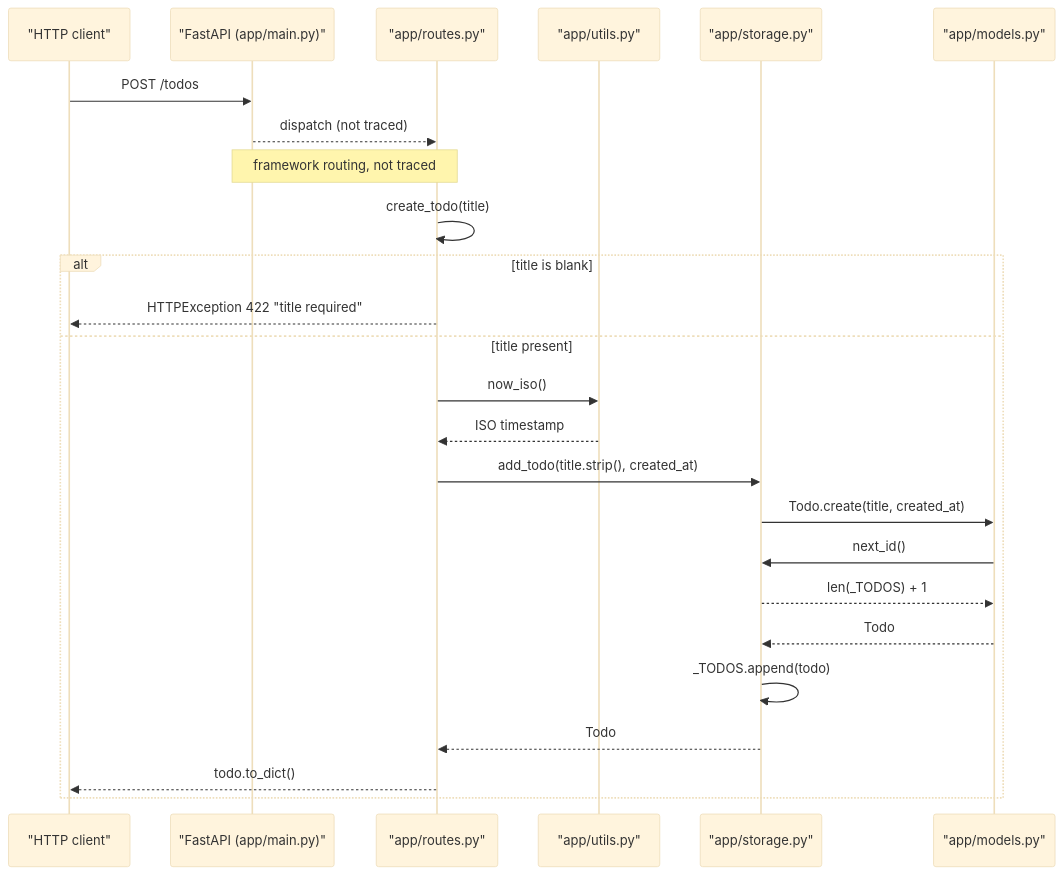
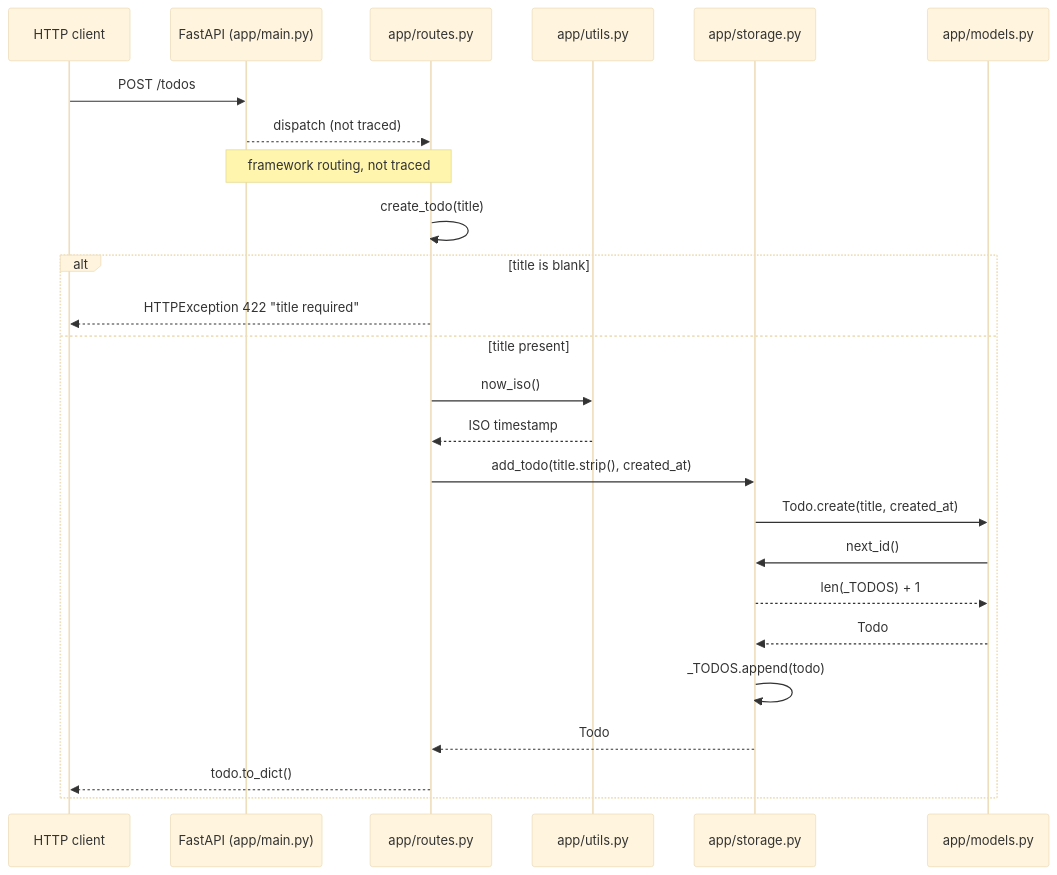
One commit to hxxnn/codemap changed the first of 2 diagrams in examples/python-todo-api/docs/codemap/sequence-flow.md. Above: the diagram before and after it, drawn with Mermaid (base theme). The commit also changed other lines of this file and 14 other files, not shown here.

````diff
--- a/examples/python-todo-api/docs/codemap/sequence-flow.md
+++ b/examples/python-todo-api/docs/codemap/sequence-flow.md
@@ -17,27 +17,27 @@
 ```mermaid
 sequenceDiagram
-  participant C as "HTTP client"
-  participant F as "FastAPI (app/main.py)"
-  participant R as "app/routes.py"
-  participant U as "app/utils.py"
-  participant S as "app/storage.py"
-  participant M as "app/models.py"
+  participant C as HTTP client
+  participant F as FastAPI (app/main.py)
+  participant R as app/routes.py
+  participant U as app/utils.py
+  participant S as app/storage.py
+  participant M as app/models.py
   C->>F: POST /todos
   F-->>R: dispatch (not traced)
   Note over F,R: framework routing, not traced
   R->>R: create_todo(title)
   alt title is blank
     R-->>C: HTTPException 422 "title required"
   else title present
     R->>U: now_iso()
     U-->>R: ISO timestamp
     R->>S: add_todo(title.strip(), created_at)
     S->>M: Todo.create(title, created_at)
     M->>S: next_id()
     S-->>M: len(_TODOS) + 1
     M-->>S: Todo
     S->>S: _TODOS.append(todo)
     S-->>R: Todo
     R-->>C: todo.to_dict()
   end
 ```
````
